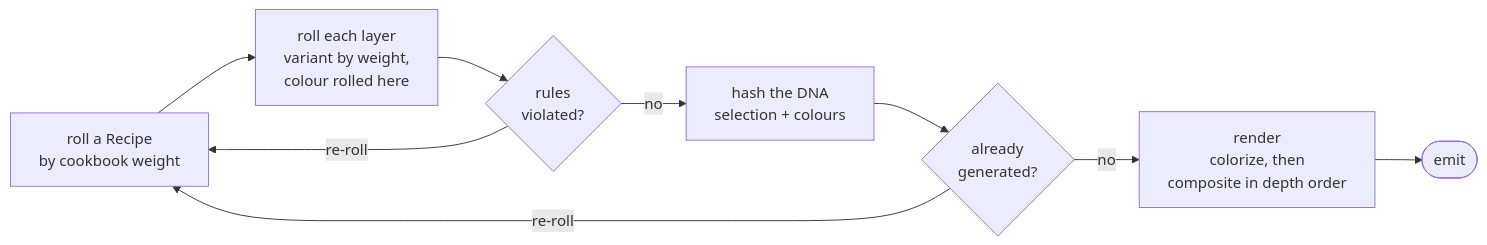
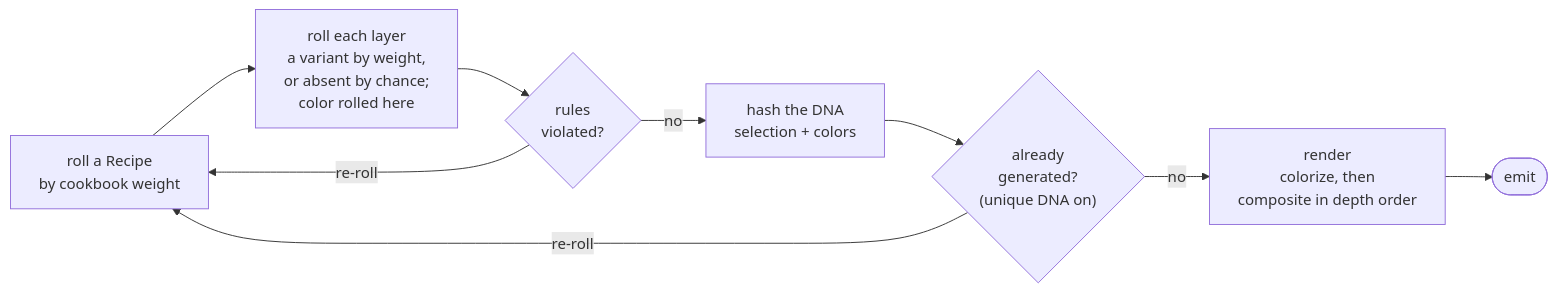
The diagram in docs/diagrams/generation-pipeline.mmd (corderro-artz/nfty), drawn with Mermaid before and after one commit. The commit also changed 6 other files, not shown here.

First line of the commit message:
docs: the pipeline diagram was right about the flow and wrong about everything else

```diff
--- a/docs/diagrams/generation-pipeline.mmd
+++ b/docs/diagrams/generation-pipeline.mmd
@@ -1,14 +1,14 @@
 flowchart LR
     R["roll a Recipe<br/>by cookbook weight"]
-    L["roll each layer<br/>variant by weight,<br/>colour rolled here"]
+    L["roll each layer<br/>a variant by weight,<br/>or absent by chance;<br/>color rolled here"]
     RULES{"rules<br/>violated?"}
-    D["hash the DNA<br/>selection + colours"]
-    DUP{"already<br/>generated?"}
+    D["hash the DNA<br/>selection + colors"]
+    DUP{"already<br/>generated?<br/>(unique DNA on)"}
     REN["render<br/>colorize, then<br/>composite in depth order"]
     E(["emit"])
 
     R --> L --> RULES
     RULES -->|no| D --> DUP
     DUP -->|no| REN --> E
     RULES -->|"re-roll"| R
     DUP -->|"re-roll"| R
```
